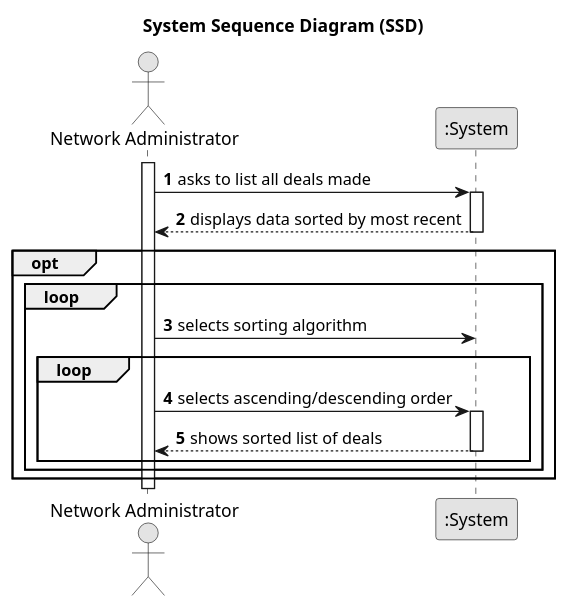
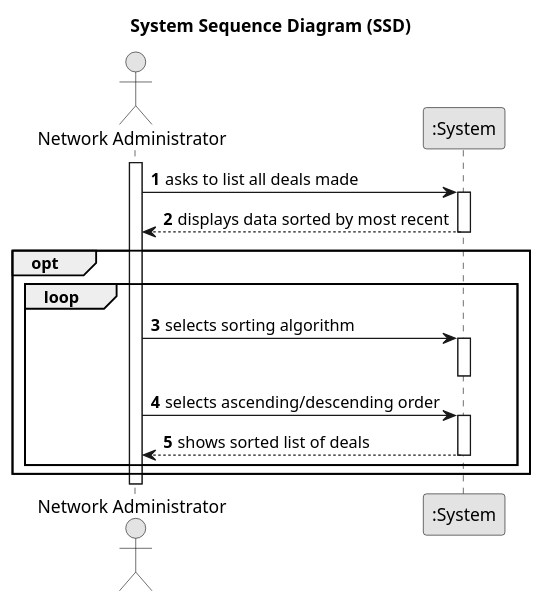
Before and after one commit to tiagohcorreia/LAPR2: the diagram in docs/sprintD/US017/01.requirements-engineering/puml/us0017-system-sequence-diagram.puml, drawn with PlantUML. The commit also changed 2 other files, not shown here.

```diff
--- a/docs/sprintD/US017/01.requirements-engineering/puml/us0017-system-sequence-diagram.puml
+++ b/docs/sprintD/US017/01.requirements-engineering/puml/us0017-system-sequence-diagram.puml
@@ -1,37 +1,37 @@
 @startuml
 skinparam monochrome true
 skinparam packageStyle rectangle
 skinparam shadowing false
 
 title System Sequence Diagram (SSD)
 
 autonumber
 
 actor "Network Administrator" as Employee
 participant ":System" as System
 
 activate Employee
 
     Employee -> System : asks to list all deals made
     activate System
 
         System --> Employee : displays data sorted by most recent
     deactivate System
 opt
 loop
     Employee -> System : selects sorting algorithm
-    'activate System
+    activate System
 
      '   System --> Employee : shows task category list and asks to select one
-    'deactivate System
-loop
+    deactivate System
+
     Employee -> System : selects ascending/descending order
     activate System
 
         System --> Employee : shows sorted list of deals
     deactivate System
-end
+
 end
 end
 
 @enduml
```
